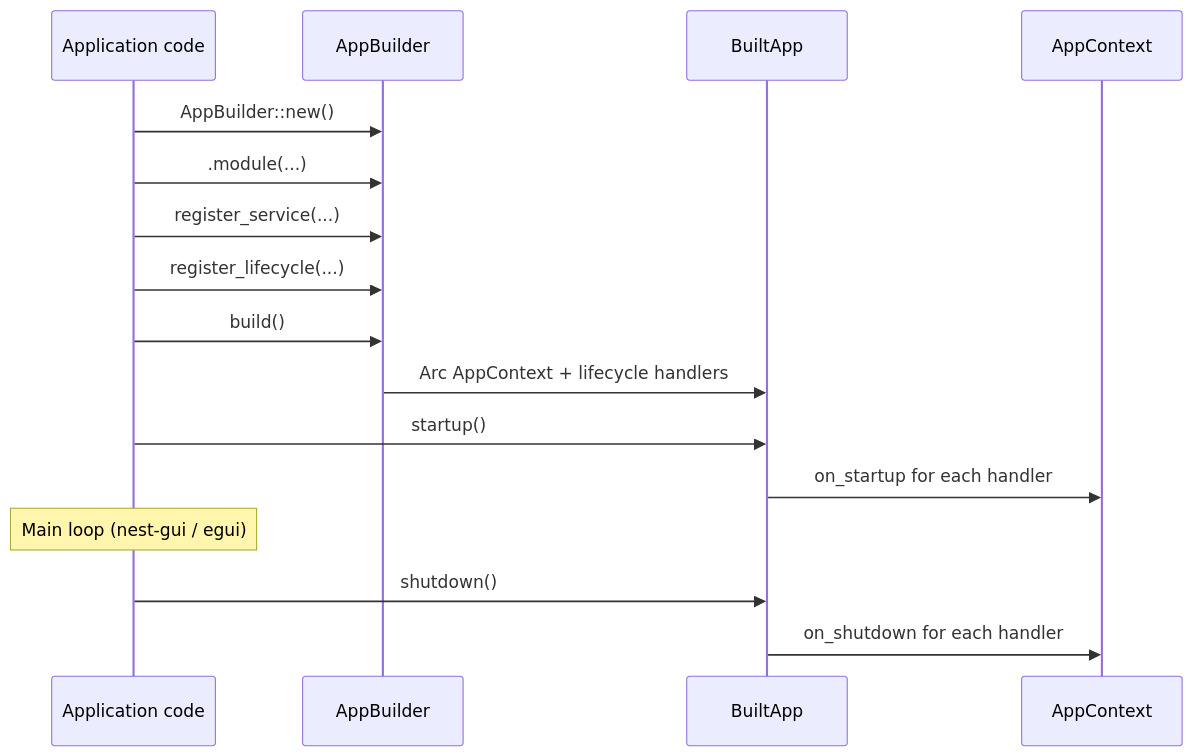
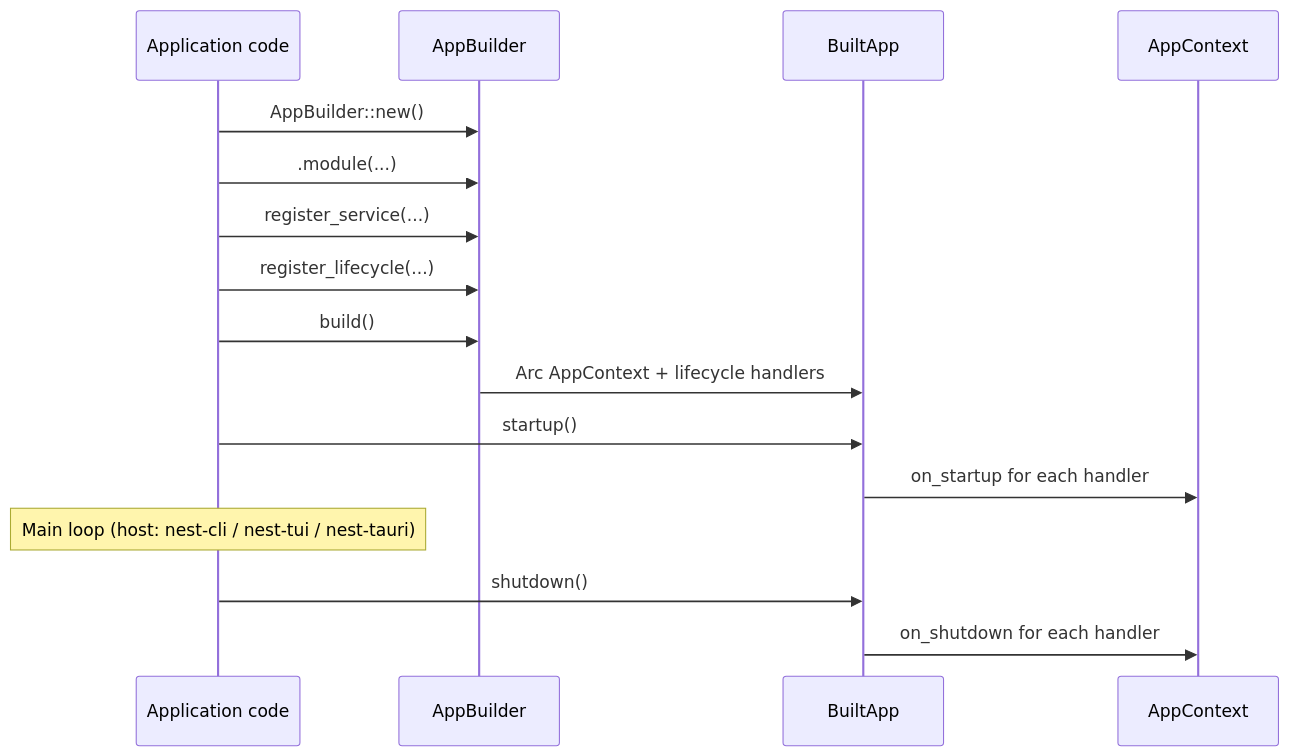
Before and after one commit to pacificnm/nest: the diagram in docs/nest-core/application.md, drawn with Mermaid. The commit also changed other lines of this file and 131 other files, not shown here.

First line of the commit message:
Add Tauri desktop platform, nest-data-postgres, and Swift product docs.

````diff
--- a/docs/nest-core/application.md
+++ b/docs/nest-core/application.md
@@ -9,19 +9,19 @@
 ```mermaid
 sequenceDiagram
     participant Code as Application code
     participant Builder as AppBuilder
     participant Built as BuiltApp
     participant Ctx as AppContext
 
     Code->>Builder: AppBuilder::new()
     Code->>Builder: .module(...)
     Code->>Builder: register_service(...)
     Code->>Builder: register_lifecycle(...)
     Code->>Builder: build()
     Builder->>Built: Arc AppContext + lifecycle handlers
     Code->>Built: startup()
     Built->>Ctx: on_startup for each handler
-    Note over Code: Main loop (nest-gui / egui)
+    Note over Code: Main loop (host: nest-cli / nest-tui / nest-tauri)
     Code->>Built: shutdown()
     Built->>Ctx: on_shutdown for each handler
 ```
````
